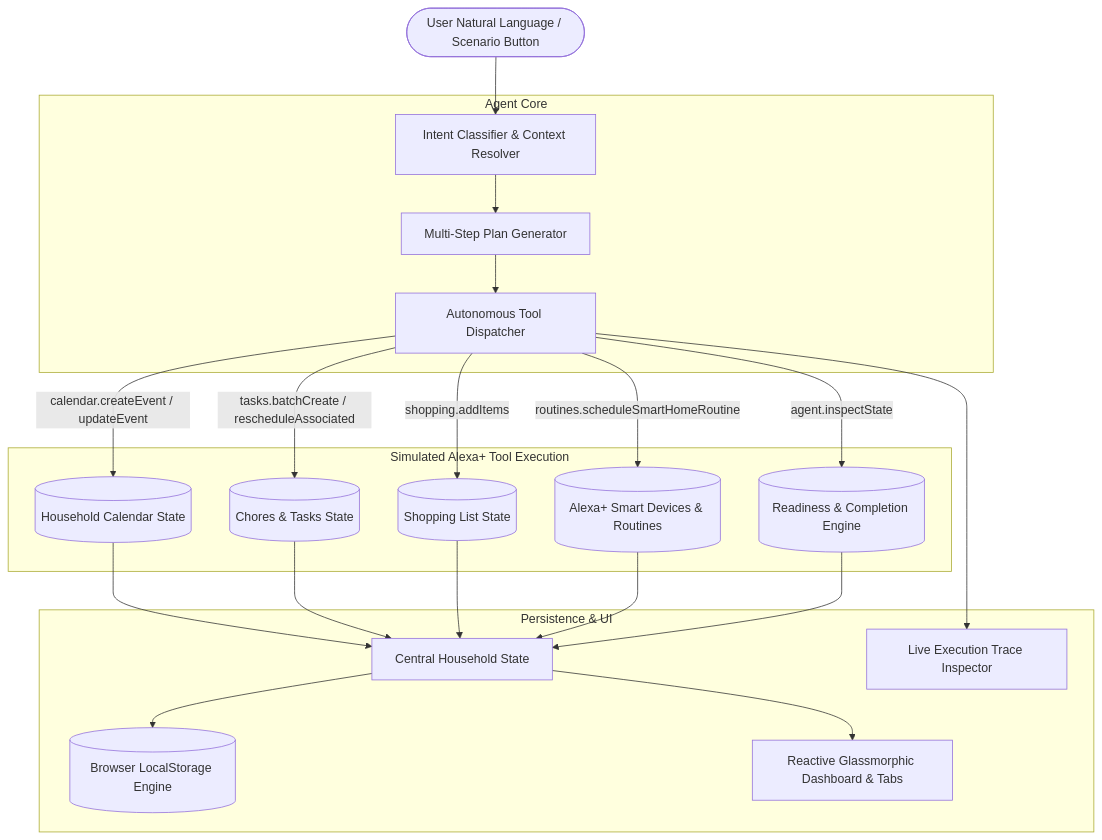
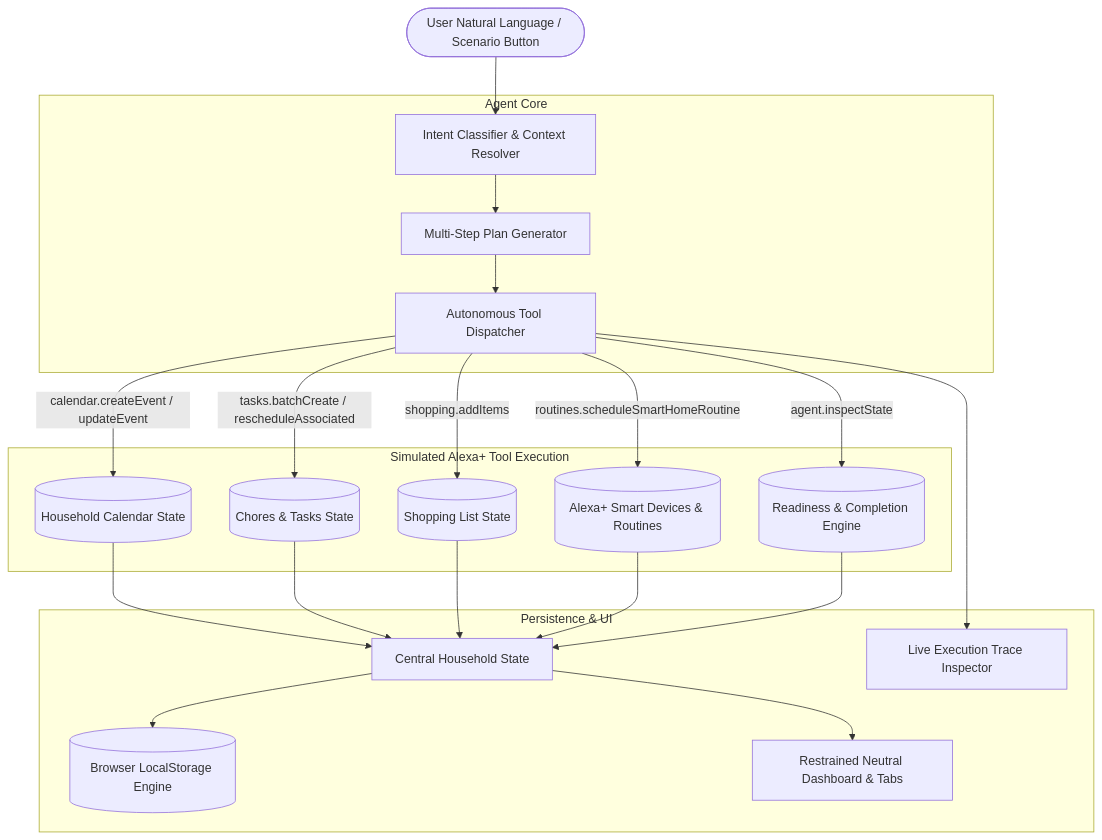
Before and after one commit to VaibhavSoni24/HomeHandoff: the diagram in README.md, drawn with Mermaid. The commit also changed other lines of this file and 9 other files, not shown here.

````diff
--- a/README.md
+++ b/README.md
@@ -73,24 +73,24 @@
 ```mermaid
 flowchart TD
     User([User Natural Language / Scenario Button]) --> NLPEngine[Intent Classifier & Context Resolver]
     
     subgraph Agent Core
         NLPEngine --> Planner[Multi-Step Plan Generator]
         Planner --> ToolDispatcher[Autonomous Tool Dispatcher]
     end
 
     subgraph Simulated Alexa+ Tool Execution
         ToolDispatcher -->|calendar.createEvent / updateEvent| CalModule[(Household Calendar State)]
         ToolDispatcher -->|tasks.batchCreate / rescheduleAssociated| TaskModule[(Chores & Tasks State)]
         ToolDispatcher -->|shopping.addItems| ShopModule[(Shopping List State)]
         ToolDispatcher -->|routines.scheduleSmartHomeRoutine| SmartHome[(Alexa+ Smart Devices & Routines)]
         ToolDispatcher -->|agent.inspectState| Inspector[(Readiness & Completion Engine)]
     end
 
     subgraph Persistence & UI
         CalModule & TaskModule & ShopModule & SmartHome & Inspector --> CentralStore[Central Household State]
         CentralStore --> LocalStorage[(Browser LocalStorage Engine)]
-        CentralStore --> UI[Reactive Glassmorphic Dashboard & Tabs]
+        CentralStore --> UI[Restrained Neutral Dashboard & Tabs]
         ToolDispatcher --> TraceLog[Live Execution Trace Inspector]
     end
 ```
````
